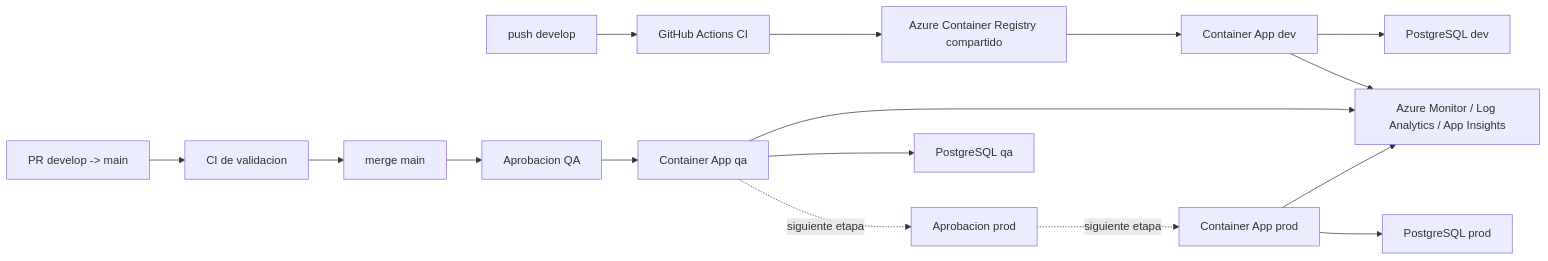
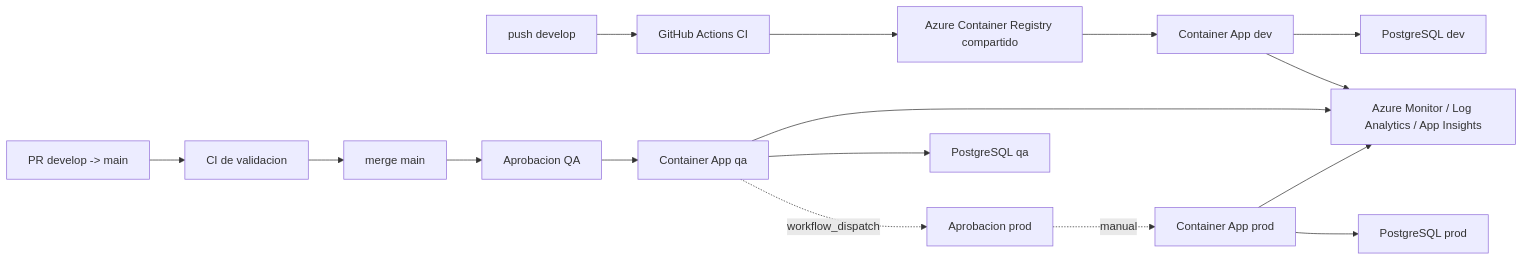
Before and after one commit to compania-pari/CEROHUELLA_IA: the diagram in docs/arquitectura-azure.md, drawn with Mermaid. The commit also changed other lines of this file and 16 other files, not shown here.

````diff
--- a/docs/arquitectura-azure.md
+++ b/docs/arquitectura-azure.md
@@ -19,18 +19,18 @@
 ```mermaid
 flowchart LR
     DevelopPush["push develop"] --> CIDev["GitHub Actions CI"]
     CIDev --> ACR["Azure Container Registry compartido"]
     ACR --> Dev["Container App dev"]
     DevelopMainPR["PR develop -> main"] --> CIPr["CI de validacion"]
     CIPr --> MainMerge["merge main"]
     MainMerge --> QaApproval["Aprobacion QA"]
     QaApproval --> Qa["Container App qa"]
-    Qa -. "siguiente etapa" .-> ProdApproval["Aprobacion prod"]
-    ProdApproval -. "siguiente etapa" .-> Prod["Container App prod"]
+    Qa -. "workflow_dispatch" .-> ProdApproval["Aprobacion prod"]
+    ProdApproval -. "manual" .-> Prod["Container App prod"]
     Dev --> PgDev["PostgreSQL dev"]
     Qa --> PgQa["PostgreSQL qa"]
     Prod --> PgProd["PostgreSQL prod"]
     Dev --> Monitor["Azure Monitor / Log Analytics / App Insights"]
     Qa --> Monitor
     Prod --> Monitor
 ```
````
